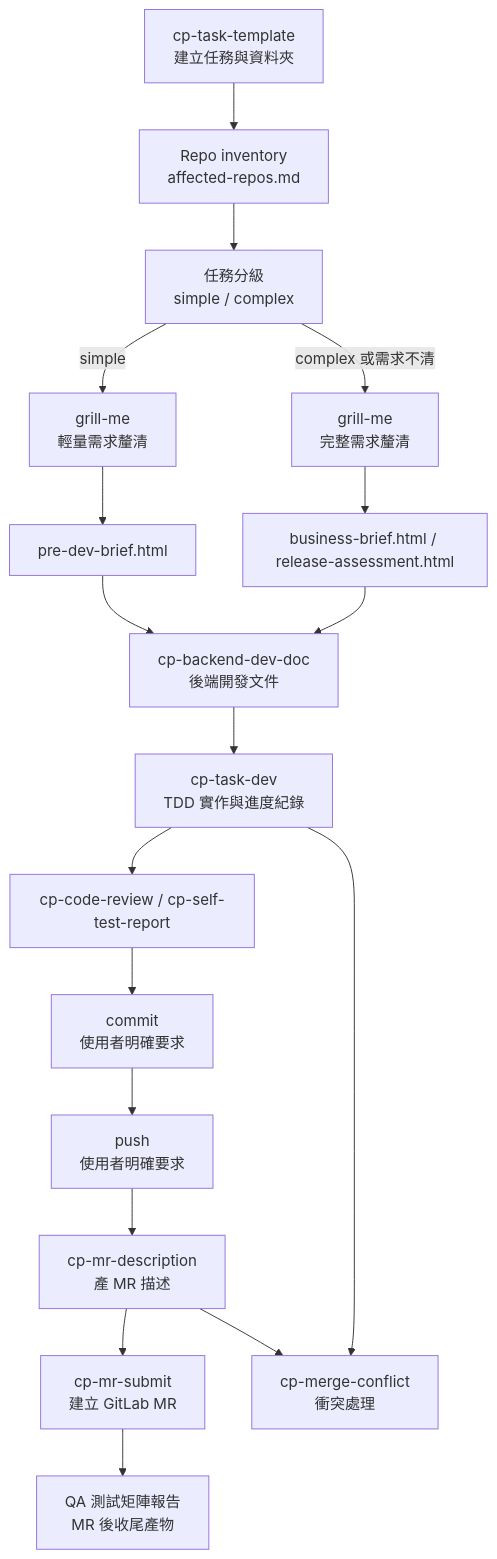
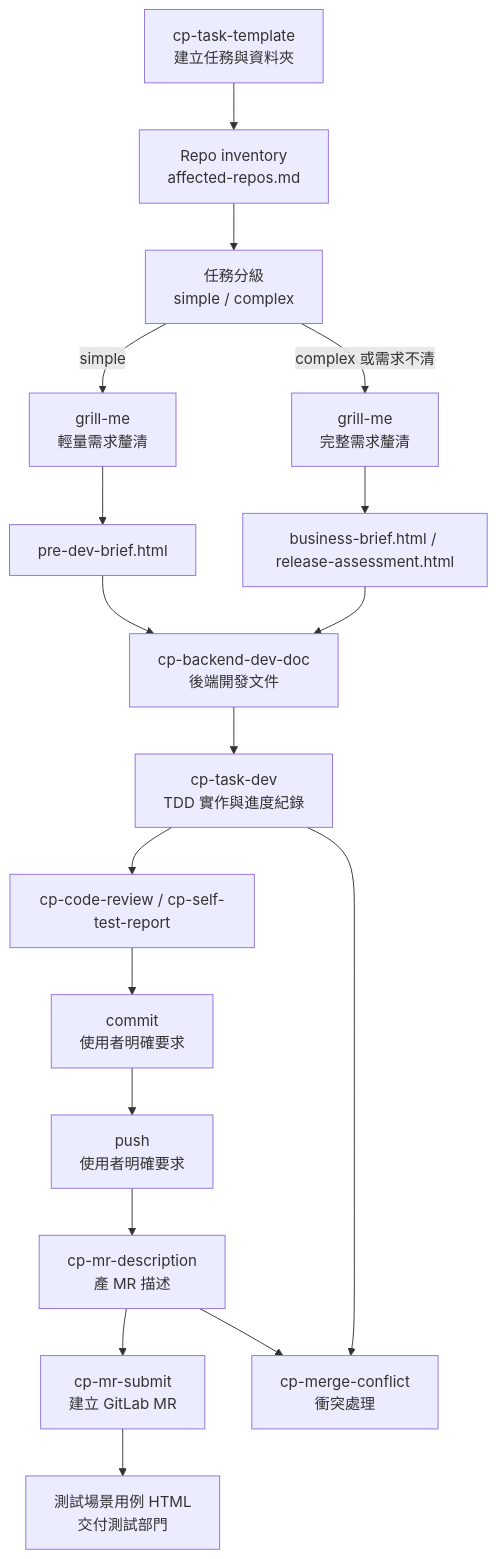
Before and after one commit to stereo720712/cp-work-flow-skill-sean: the diagram in README.md, drawn with Mermaid. The commit also changed other lines of this file and 12 other files, not shown here.

````diff
--- a/README.md
+++ b/README.md
@@ -25,20 +25,20 @@
 ```mermaid
 flowchart TD
     A["cp-task-template<br/>建立任務與資料夾"] --> B["Repo inventory<br/>affected-repos.md"]
     B --> C["任務分級<br/>simple / complex"]
     C -->|simple| D["grill-me<br/>輕量需求釐清"]
     C -->|complex 或需求不清| E["grill-me<br/>完整需求釐清"]
     D --> F["pre-dev-brief.html"]
     E --> G["business-brief.html / release-assessment.html"]
     F --> H["cp-backend-dev-doc<br/>後端開發文件"]
     G --> H
     H --> I["cp-task-dev<br/>TDD 實作與進度紀錄"]
     I --> J["cp-code-review / cp-self-test-report"]
     J --> K["commit<br/>使用者明確要求"]
     K --> L["push<br/>使用者明確要求"]
     L --> M["cp-mr-description<br/>產 MR 描述"]
     M --> N["cp-mr-submit<br/>建立 GitLab MR"]
-    N --> O["QA 測試矩陣報告<br/>MR 後收尾產物"]
+    N --> O["測試場景用例 HTML<br/>交付測試部門"]
     I --> P["cp-merge-conflict<br/>衝突處理"]
     M --> P
 ```
````
